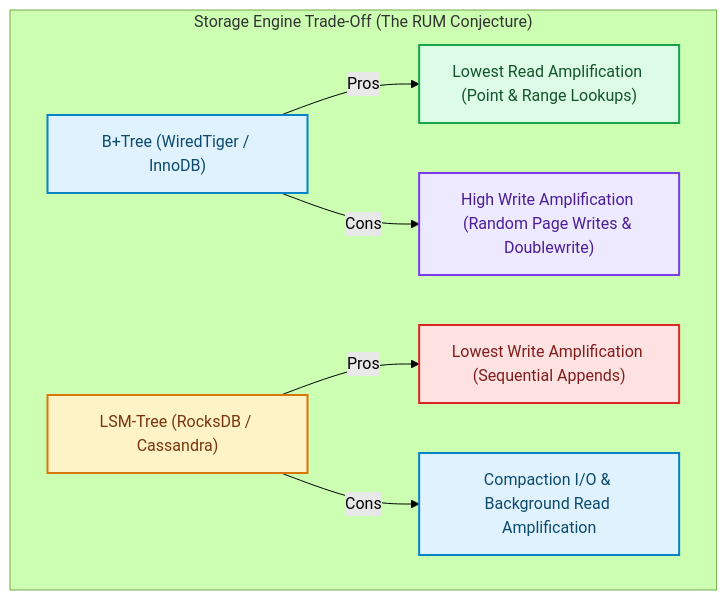
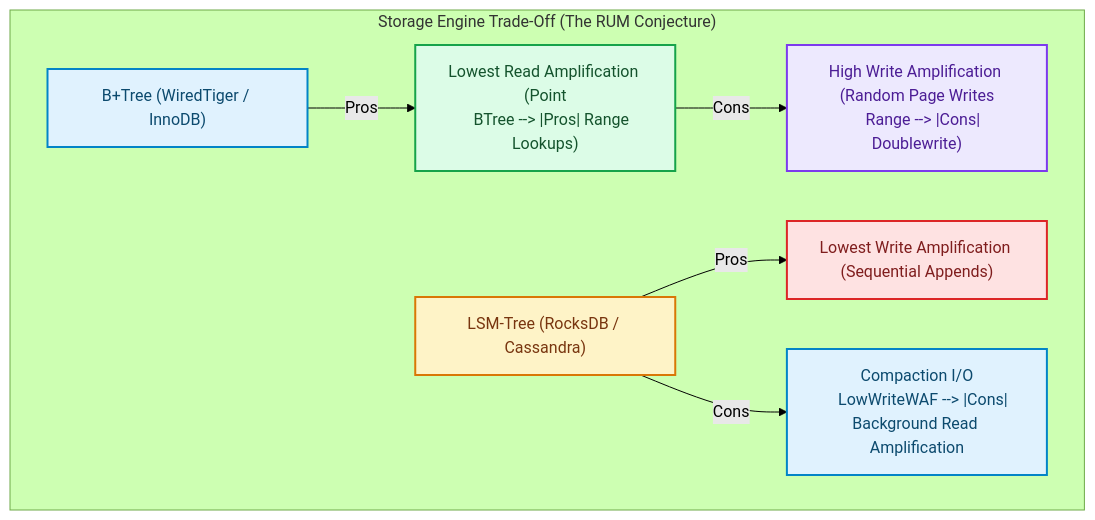
One commit to akmalkhaniub/akmalkhaniub.github.io changed the first of 2 diagrams in blog/posts/lsm-tree-vs-btree-storage-engines-write-amplification-compaction-rocksdb-wiredtiger.md. Above: the diagram before and after it, drawn with Mermaid (forest theme). The commit also changed 894 other files, not shown here.

Commit message:
feat(blog): upgrade all 444 posts with unique staggered dates, 2-col Mermaid spines, benchmark tables, code blocks, and trade-offs

````diff
--- a/blog/posts/lsm-tree-vs-btree-storage-engines-write-amplification-compaction-rocksdb-wiredtiger.md
+++ b/blog/posts/lsm-tree-vs-btree-storage-engines-write-amplification-compaction-rocksdb-wiredtiger.md
@@ -14,21 +14,24 @@
 ```mermaid
 flowchart TD
   subgraph SG1_StorageEngineTrade ["Storage Engine Trade-Off (The RUM Conjecture)"]
-    BTree["B+Tree (WiredTiger / InnoDB)"] -->|Pros| LowRAF["Lowest Read Amplification (Point & Range Lookups)"]
-    BTree -->|Cons| HighWAF["High Write Amplification (Random Page Writes & Doublewrite)"]
+    BTree["B+Tree (WiredTiger / InnoDB)"] --> |Pros| LowRAF["Lowest Read Amplification (Point
+    BTree --> |Pros| Range Lookups)"]
+    LowRAF --> |Cons| HighWAF["High Write Amplification (Random Page Writes
+    Range --> |Cons| Doublewrite)"]
     
     LSM["LSM-Tree (RocksDB / Cassandra)"] -->|Pros| LowWriteWAF["Lowest Write Amplification (Sequential Appends)"]
-    LSM -->|Cons| CompactionOverhead["Compaction I/O & Background Read Amplification"]
+    LSM --> |Cons| CompactionOverhead["Compaction I/O
+    LowWriteWAF --> |Cons| Background Read Amplification"]
   end
 
 classDef green fill:#dcfce7,stroke:#16a34a,stroke-width:2px,color:#14532d;
 classDef red fill:#fee2e2,stroke:#dc2626,stroke-width:2px,color:#7f1d1d;
 classDef blue fill:#e0f2fe,stroke:#0284c7,stroke-width:2px,color:#0c4a6e;
 classDef yellow fill:#fef3c7,stroke:#d97706,stroke-width:2px,color:#78350f;
 classDef purple fill:#ede9fe,stroke:#7c3aed,stroke-width:2px,color:#4c1d95;
 class BTree,CompactionOverhead blue
 class LowRAF green
 class HighWAF purple
 class LSM yellow
 class LowWriteWAF red
 ```
````
